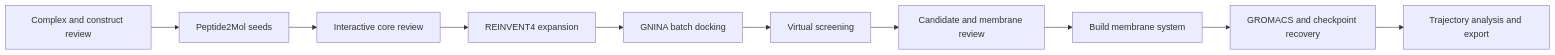
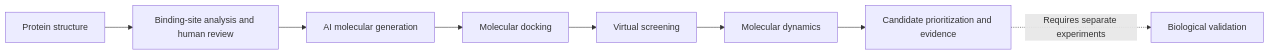
One commit to lzylumos-sudo/yuanhe-bio-workflow changed the diagram in README.md. Above: the diagram before and after it, drawn with Mermaid. The commit also changed other lines of this file and 11 other files, not shown here.

````diff
--- a/README.md
+++ b/README.md
@@ -11,12 +18,10 @@
 ```mermaid
 flowchart LR
- A[Complex and construct review] --> B[Peptide2Mol seeds]
- B --> C[Interactive core review]
- C --> D[REINVENT4 expansion]
- D --> E[GNINA batch docking]
- E --> F[Virtual screening]
- F --> G[Candidate and membrane review]
- G --> H[Build membrane system]
- H --> I[GROMACS and checkpoint recovery]
- I --> J[Trajectory analysis and export]
+ A[Protein structure] --> B[Binding-site analysis and human review]
+ B --> C[AI molecular generation]
+ C --> D[Molecular docking]
+ D --> E[Virtual screening]
+ E --> F[Molecular dynamics]
+ F --> G[Candidate prioritization and evidence]
+ G -. Requires separate experiments .-> H[Biological validation]
 ```
````
